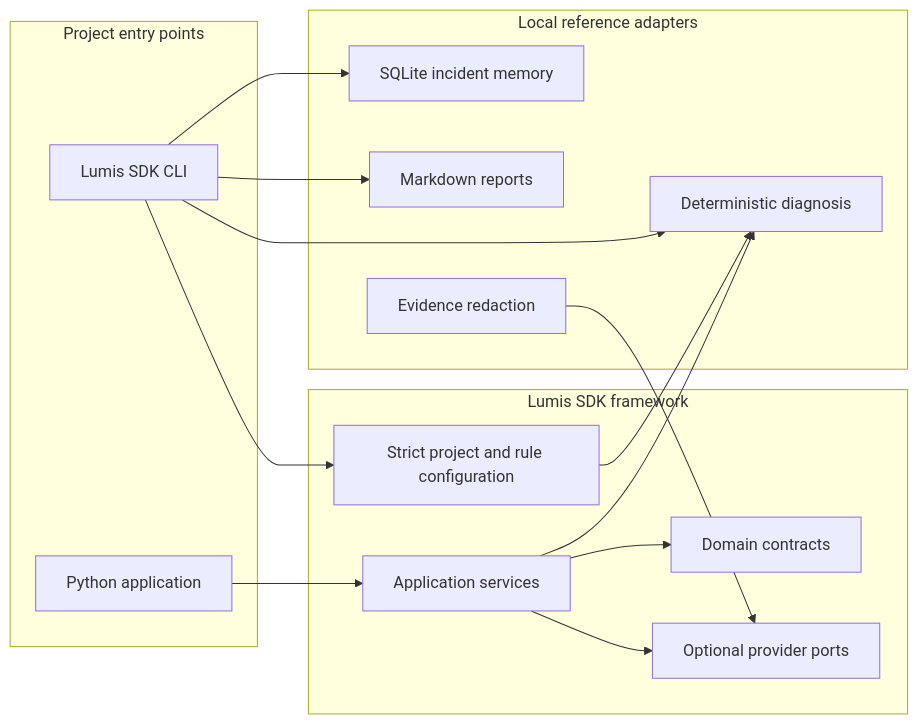
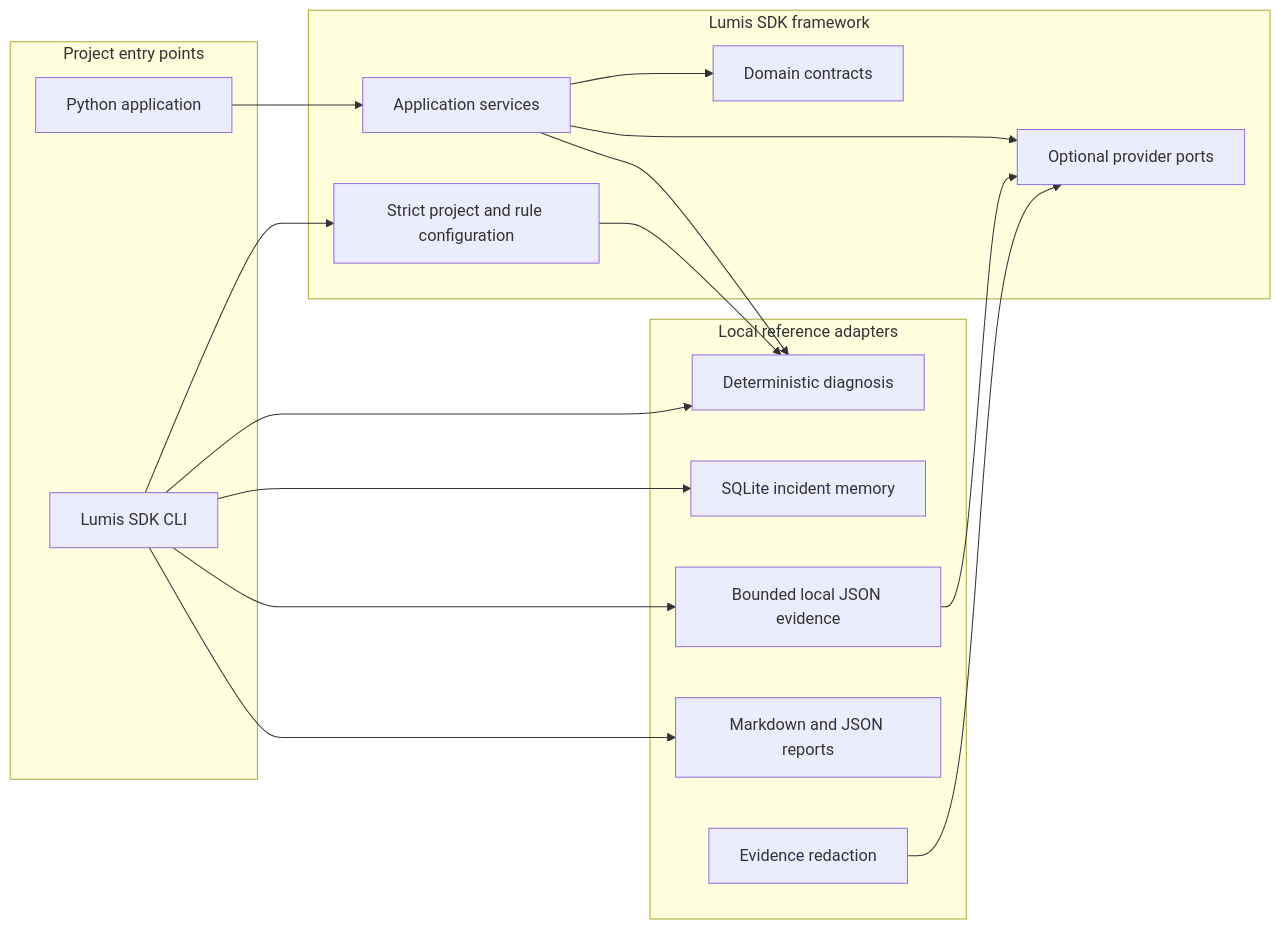
One commit to soloshun/lumis-sdk changed the diagram in README.md. Above: the diagram before and after it, drawn with Mermaid. The commit also changed other lines of this file and 43 other files, not shown here.

Commit message:
feat: add bounded evidence and JSON reports

````diff
--- a/README.md
+++ b/README.md
@@ -42,30 +45,33 @@
 ```mermaid
 flowchart LR
     subgraph USERS[Project entry points]
         CLI[Lumis SDK CLI]
         PY[Python application]
     end
     subgraph CORE[Lumis SDK framework]
         CFG[Strict project and rule configuration]
         APP[Application services]
         DOMAIN[Domain contracts]
         PORTS[Optional provider ports]
     end
     subgraph LOCAL[Local reference adapters]
         DET[Deterministic diagnosis]
         MEM[SQLite incident memory]
-        REPORT[Markdown reports]
+        EVIDENCE[Bounded local JSON evidence]
+        REPORT[Markdown and JSON reports]
         REDACT[Evidence redaction]
     end
 
     CLI --> CFG
     CLI --> DET
+    CLI --> EVIDENCE
     CLI --> MEM
     CLI --> REPORT
     PY --> APP
     APP --> DOMAIN
     APP --> PORTS
     APP --> DET
     CFG --> DET
+    EVIDENCE --> PORTS
     REDACT --> PORTS
 ```
````
